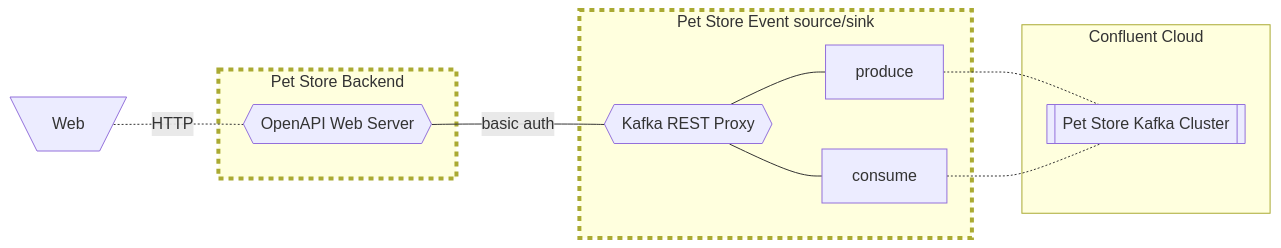
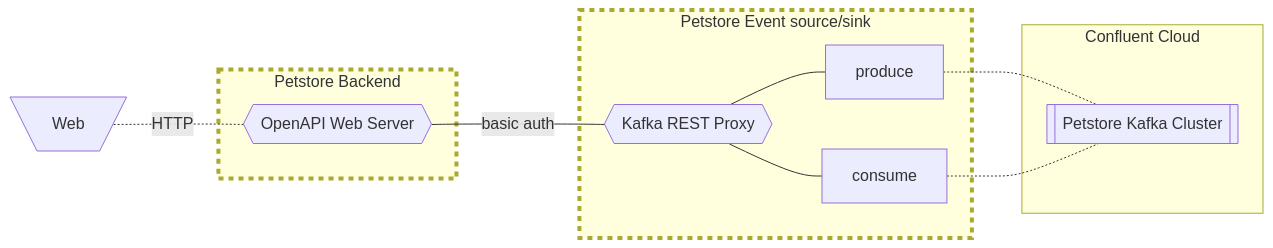
The first of 2 diagrams in petstore/arch-Petstore.md (aklivity/zilla-demos), drawn with Mermaid before and after one commit. The commit also changed other lines of this file and 7 other files, not shown here.

````diff
--- a/petstore/arch-Petstore.md
+++ b/petstore/arch-Petstore.md
@@ -5,22 +5,22 @@
 ```mermaid
 flowchart LR
     style app1 stroke-dasharray: 5 5,stroke-width:4px
     style app2 stroke-dasharray: 5 5,stroke-width:4px
 
     ui[\Web/] -.- |HTTP| psws
 
 
-    subgraph app2 [Pet Store Event source/sink]
+    subgraph app2 [Petstore Event source/sink]
             krp{{Kafka REST Proxy}} --- krpp[produce] & krpc[consume]
     end
 
-    subgraph app1 [Pet Store Backend]
+    subgraph app1 [Petstore Backend]
             psws{{OpenAPI Web Server}} --- | basic auth | krp
     end
 
     subgraph cc [Confluent Cloud]
-        ccps[[Pet Store Kafka Cluster]]
+        ccps[[Petstore Kafka Cluster]]
         krpp -.- ccps
         krpc -.- ccps
     end
 ```
````
